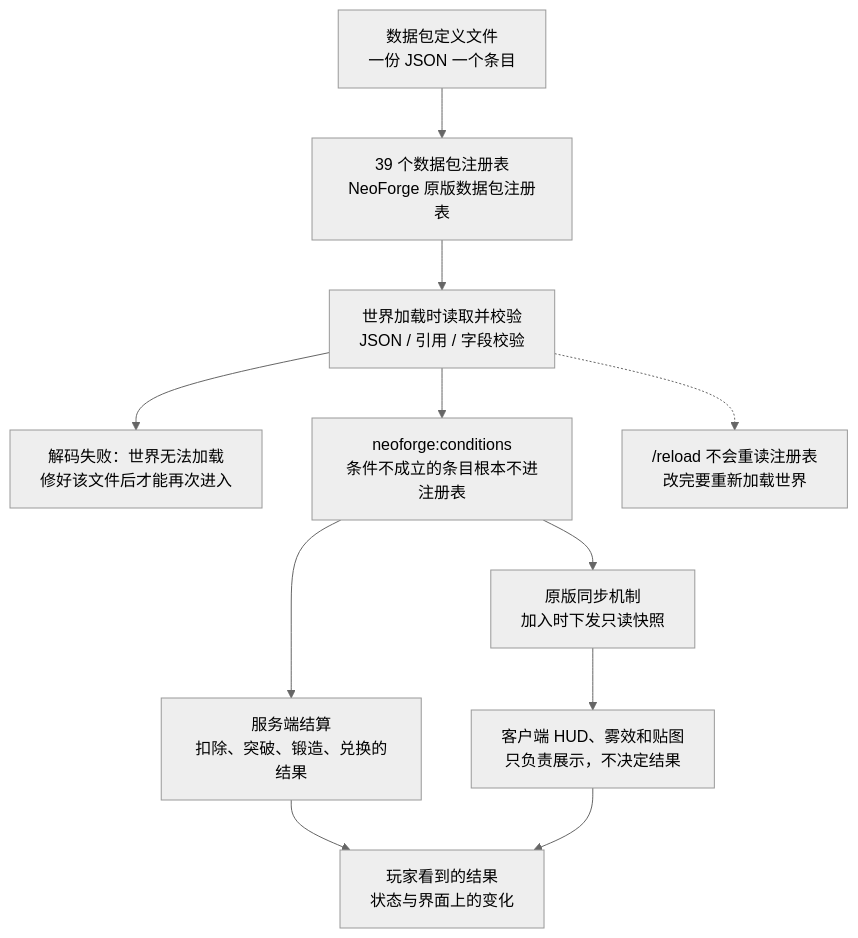
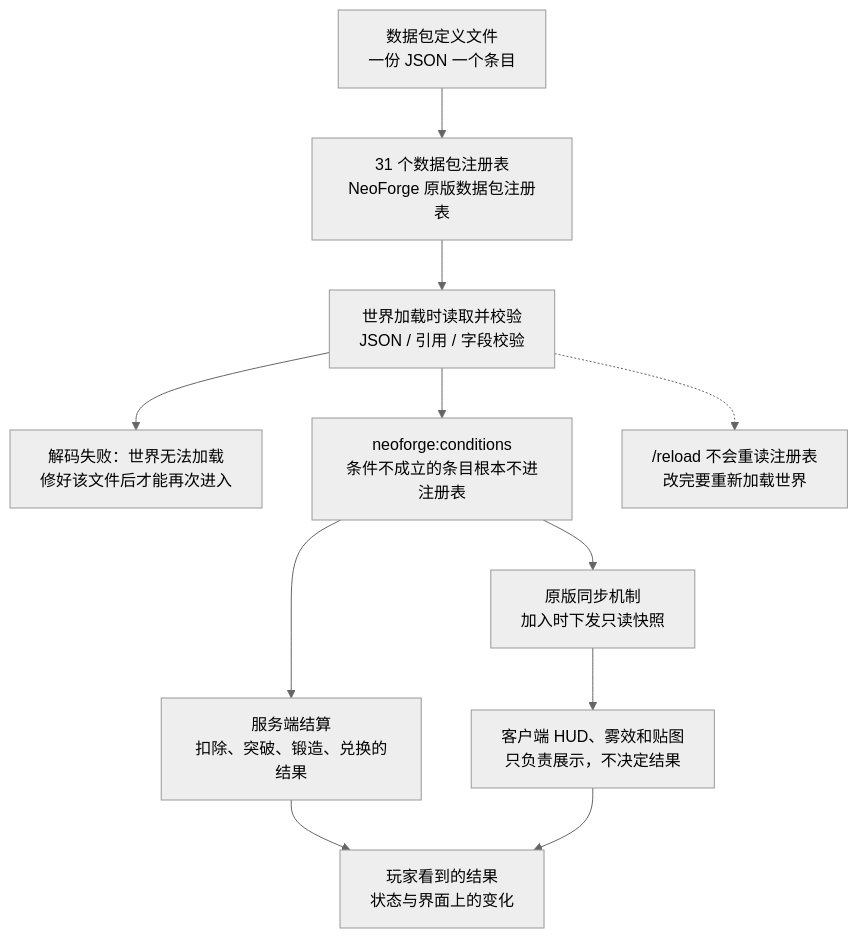
One commit to IAFEnvoy/mxt-docs changed the diagram in docs/datapack/overview.md. Above: the diagram before and after it, drawn with Mermaid (neutral theme). The commit also changed other lines of this file and 117 other files, not shown here.

````diff
--- a/docs/datapack/overview.md
+++ b/docs/datapack/overview.md
@@ -119,13 +172,13 @@
 ```mermaid
 flowchart TD
-    A["数据包定义文件<br/>一份 JSON 一个条目"] --> B["39 个数据包注册表<br/>NeoForge 原版数据包注册表"]
+    A["数据包定义文件<br/>一份 JSON 一个条目"] --> B["31 个数据包注册表<br/>NeoForge 原版数据包注册表"]
     B --> C["世界加载时读取并校验<br/>JSON / 引用 / 字段校验"]
     C --> D["解码失败：世界无法加载<br/>修好该文件后才能再次进入"]
     C --> E["neoforge:conditions<br/>条件不成立的条目根本不进注册表"]
     E --> F["原版同步机制<br/>加入时下发只读快照"]
     E --> G["服务端结算<br/>扣除、突破、锻造、兑换的结果"]
     F --> H["客户端 HUD、雾效和贴图<br/>只负责展示，不决定结果"]
     G --> I["玩家看到的结果<br/>状态与界面上的变化"]
     H --> I
     C -.-> J["/reload 不会重读注册表<br/>改完要重新加载世界"]
 ```
````
